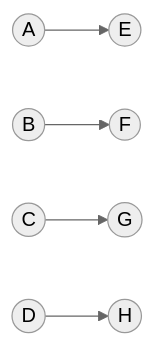
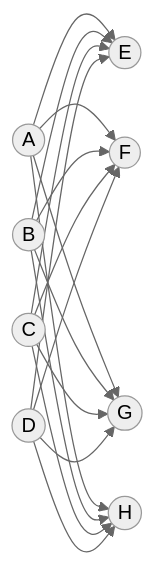
The second of 2 diagrams in DL/ANN.md (Arannamoy-Mondal/NLP-MLOPS), drawn with Mermaid (neutral theme) before and after one commit.

Commit message:
upd:ANN.md

````diff
--- a/DL/ANN.md
+++ b/DL/ANN.md
@@ -12,7 +12,19 @@
 ```mermaid
 graph LR;
   A((A)) --> E((E))
+  A((A)) --> F((F))
+  A((A)) --> G((G))
+  A((A)) --> H((H))
+  B((B)) --> E((E))
   B((B)) --> F((F))
+  B((B)) --> G((G))
+  B((B)) --> H((H))
+  C((C)) --> E((E))
+  C((C)) --> F((F))
   C((C)) --> G((G))
+  C((C)) --> H((H))
+  D((D)) --> E((E))
+  D((D)) --> F((F))
+  D((D)) --> G((G))
   D((D)) --> H((H))
 ```
````
